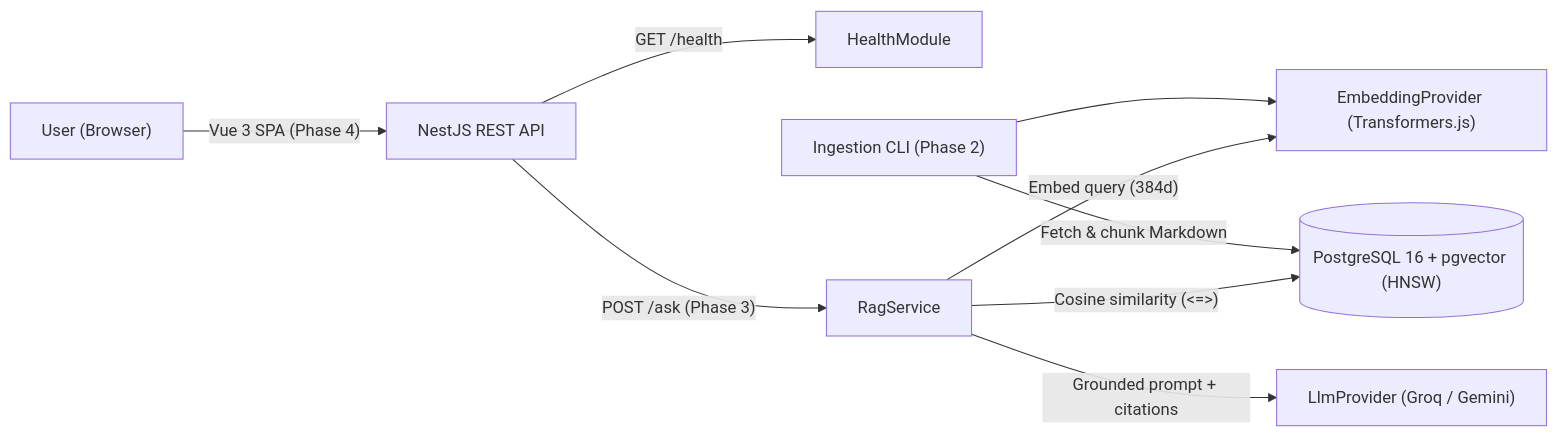
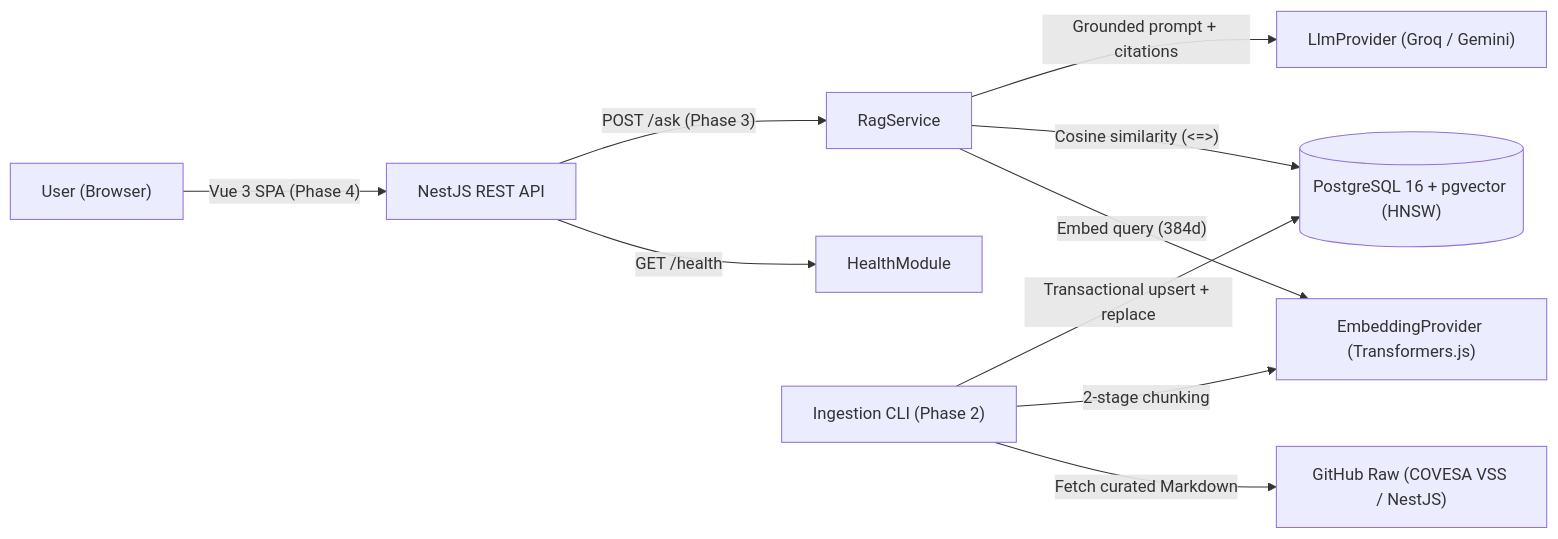
The diagram in docs/architecture.md (Hatim-Merchant/engirag-engineering-assistant), drawn with Mermaid before and after one commit. The commit also changed other lines of this file and 20 other files, not shown here.

Commit message:
feat(ingestion): implement markdown chunking and local embeddings pipeline

````diff
--- a/docs/architecture.md
+++ b/docs/architecture.md
@@ -7,11 +7,12 @@
 ```mermaid
 flowchart LR
   User["User (Browser)"] -->|"Vue 3 SPA (Phase 4)"| API["NestJS REST API"]
   API -->|"GET /health"| Health["HealthModule"]
   API -->|"POST /ask (Phase 3)"| RAG["RagService"]
   RAG -->|"Embed query (384d)"| Emb["EmbeddingProvider (Transformers.js)"]
   RAG -->|"Cosine similarity (<=>)"| PG[("PostgreSQL 16 + pgvector (HNSW)")]
   RAG -->|"Grounded prompt + citations"| LLM["LlmProvider (Groq / Gemini)"]
-  Ingest["Ingestion CLI (Phase 2)"] -->|"Fetch & chunk Markdown"| PG
-  Ingest --> Emb
+  Ingest["Ingestion CLI (Phase 2)"] -->|"Fetch curated Markdown"| Docs["GitHub Raw (COVESA VSS / NestJS)"]
+  Ingest -->|"2-stage chunking"| Emb
+  Ingest -->|"Transactional upsert + replace"| PG
 ```
````
